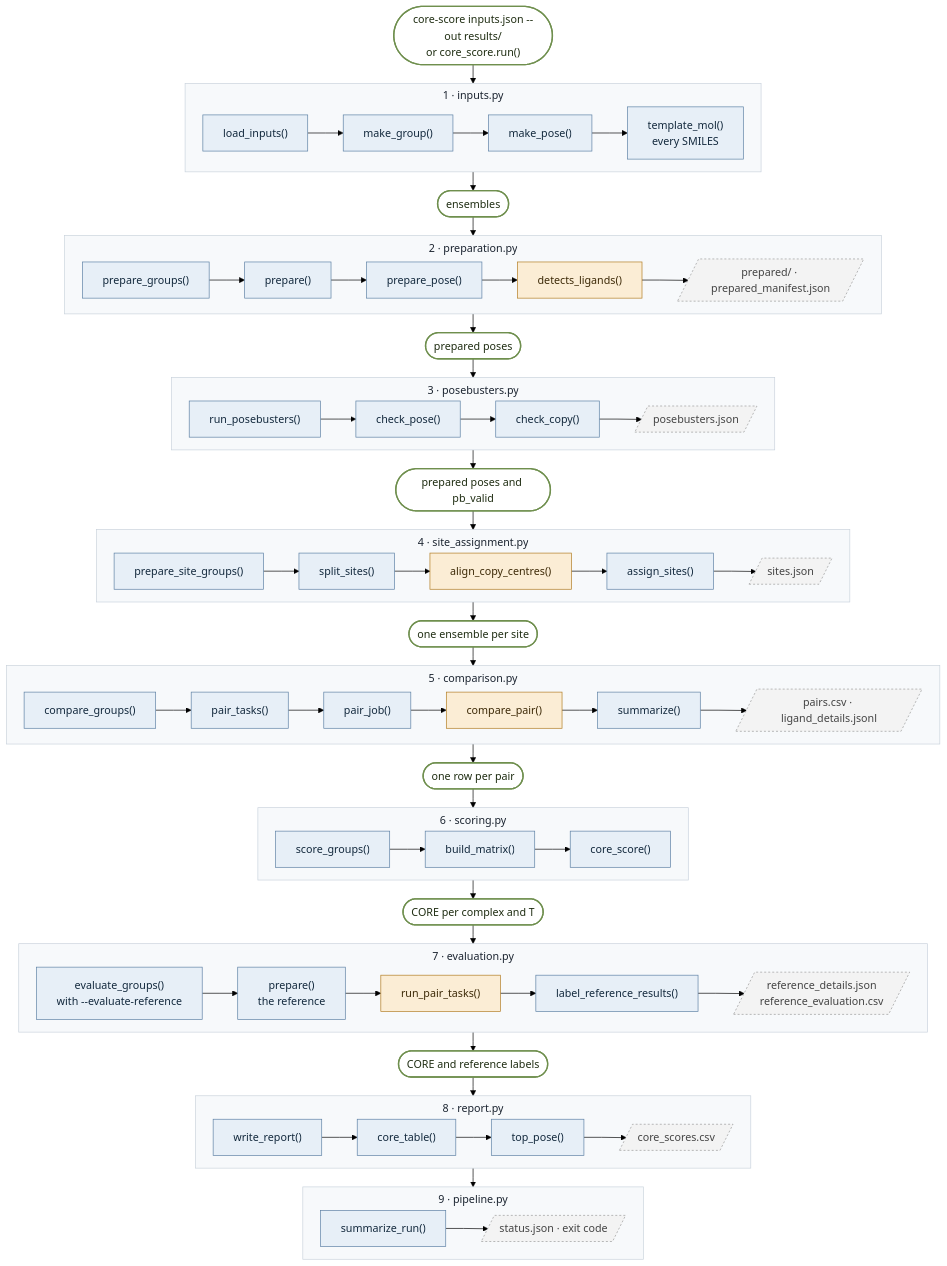
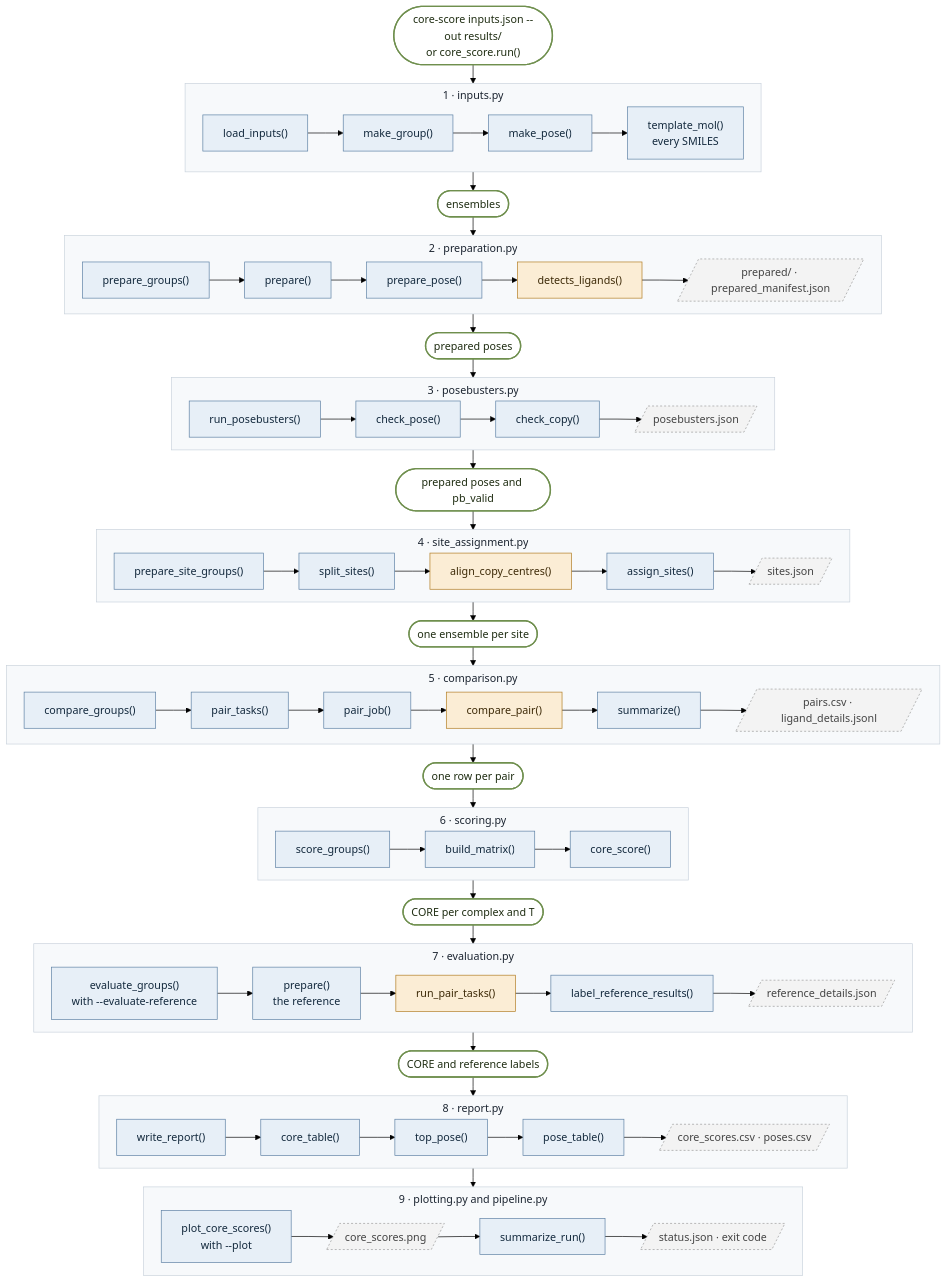
The first of 9 diagrams in docs/code-map.md (James-Broster/core-score), drawn with Mermaid (forest theme) before and after one commit. The commit also changed other lines of this file and 9 other files, not shown here.

First line of the commit message:
Add poses.csv and an optional dot plot of the CORE Scores

````diff
--- a/docs/code-map.md
+++ b/docs/code-map.md
@@ -15,67 +15,67 @@
 ```mermaid
 %%{init: {"flowchart": {"curve": "linear", "nodeSpacing": 18, "rankSpacing": 28, "subGraphTitleMargin": {"top": 6, "bottom": 10}}}}%%
 flowchart TB
     classDef fn fill:#e7eff7,stroke:#5b7fa3,color:#13293d
     classDef ost fill:#fbedd5,stroke:#b07a1e,color:#3d2a08
     classDef data fill:#ffffff,stroke:#6f8f4e,color:#1f2d12,stroke-width:2px
     classDef file fill:#f3f3f3,stroke:#9a9a9a,color:#444,stroke-dasharray:3 3
     classDef stage fill:#f7f9fb,stroke:#c9d2dc,color:#1b2430
 
     start(["core-score inputs.json --out results/<br/>or core_score.run()"]):::data
 
     subgraph R1["1 · inputs.py"]
         direction LR
         a1["load_inputs()"]:::fn --> a2["make_group()"]:::fn --> a3["make_pose()"]:::fn --> a4["template_mol()<br/>every SMILES"]:::fn
     end
     d1(["ensembles"]):::data
 
     subgraph R2["2 · preparation.py"]
         direction LR
         b1["prepare_groups()"]:::fn --> b2["prepare()"]:::fn --> b3["prepare_pose()"]:::fn --> b4["detects_ligands()"]:::ost --> b5[/"prepared/ · prepared_manifest.json"/]:::file
     end
     d2(["prepared poses"]):::data
 
     subgraph R3["3 · posebusters.py"]
         direction LR
         c1["run_posebusters()"]:::fn --> c2["check_pose()"]:::fn --> c3["check_copy()"]:::fn --> c4[/"posebusters.json"/]:::file
     end
     d3(["prepared poses and pb_valid"]):::data
 
     subgraph R4["4 · site_assignment.py"]
         direction LR
         e1["prepare_site_groups()"]:::fn --> e2["split_sites()"]:::fn --> e3["align_copy_centres()"]:::ost --> e4["assign_sites()"]:::fn --> e5[/"sites.json"/]:::file
     end
     d4(["one ensemble per site"]):::data
 
     subgraph R5["5 · comparison.py"]
         direction LR
         g1["compare_groups()"]:::fn --> g2["pair_tasks()"]:::fn --> g3["pair_job()"]:::fn --> g4["compare_pair()"]:::ost --> g5["summarize()"]:::fn --> g6[/"pairs.csv · ligand_details.jsonl"/]:::file
     end
     d5(["one row per pair"]):::data
 
     subgraph R6["6 · scoring.py"]
         direction LR
         h1["score_groups()"]:::fn --> h2["build_matrix()"]:::fn --> h3["core_score()"]:::fn
     end
     d6(["CORE per complex and T"]):::data
 
     subgraph R7["7 · evaluation.py"]
         direction LR
-        i1["evaluate_groups()<br/>with --evaluate-reference"]:::fn --> i2["prepare()<br/>the reference"]:::fn --> i3["run_pair_tasks()"]:::ost --> i4["label_reference_results()"]:::fn --> i5[/"reference_details.json<br/>reference_evaluation.csv"/]:::file
+        i1["evaluate_groups()<br/>with --evaluate-reference"]:::fn --> i2["prepare()<br/>the reference"]:::fn --> i3["run_pair_tasks()"]:::ost --> i4["label_reference_results()"]:::fn --> i5[/"reference_details.json"/]:::file
     end
     d7(["CORE and reference labels"]):::data
 
     subgraph R8["8 · report.py"]
         direction LR
-        j1["write_report()"]:::fn --> j2["core_table()"]:::fn --> j3["top_pose()"]:::fn --> j5[/"core_scores.csv"/]:::file
+        j1["write_report()"]:::fn --> j2["core_table()"]:::fn --> j3["top_pose()"]:::fn --> j4["pose_table()"]:::fn --> j5[/"core_scores.csv · poses.csv"/]:::file
     end
 
-    subgraph R9["9 · pipeline.py"]
+    subgraph R9["9 · plotting.py and pipeline.py"]
         direction LR
-        k1["summarize_run()"]:::fn --> k2[/"status.json · exit code"/]:::file
+        k0["plot_core_scores()<br/>with --plot"]:::fn --> k1[/"core_scores.png"/]:::file --> k2["summarize_run()"]:::fn --> k3[/"status.json · exit code"/]:::file
     end
 
     start --> R1 --> d1 --> R2 --> d2 --> R3 --> d3 --> R4 --> d4 --> R5 --> d5 --> R6 --> d6 --> R7 --> d7 --> R8 --> R9
 
     class R1,R2,R3,R4,R5,R6,R7,R8,R9 stage
 ```
````
